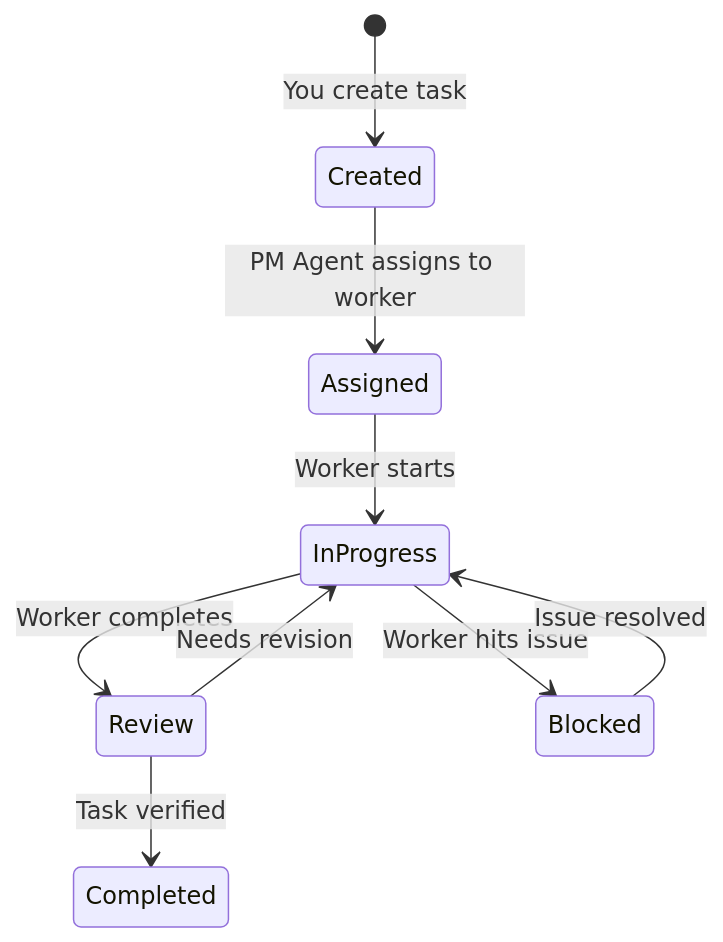
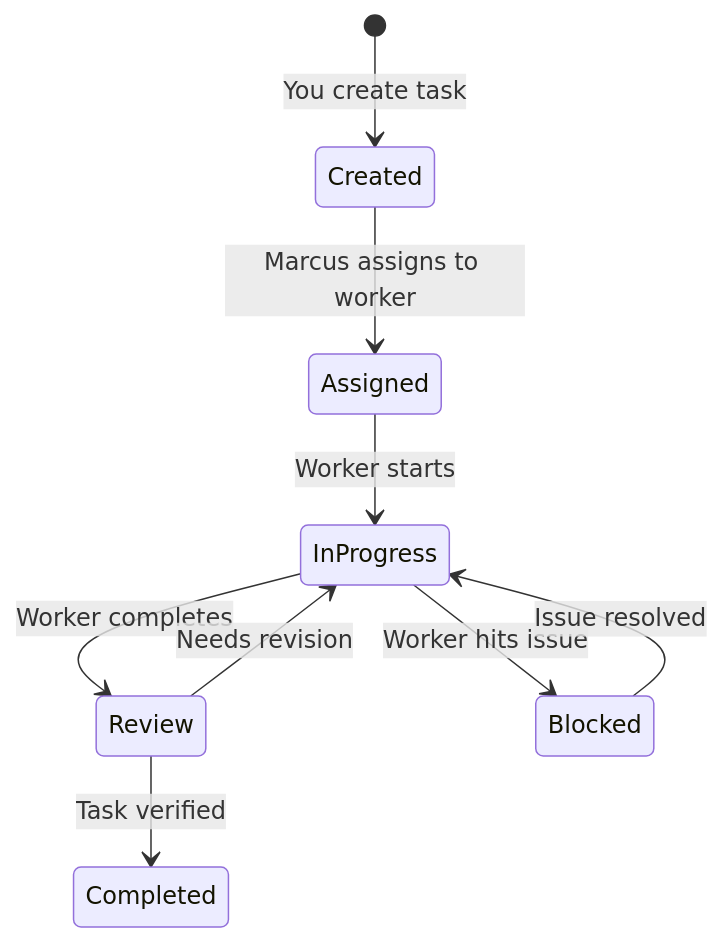
The second of 2 diagrams in docs/sphinx/source/getting_started.md (lwgray/pm-agent), drawn with Mermaid before and after one commit. The commit also changed other lines of this file and 29 other files, not shown here.

````diff
--- a/docs/sphinx/source/getting_started.md
+++ b/docs/sphinx/source/getting_started.md
@@ -278,11 +278,11 @@
 ```mermaid
 stateDiagram-v2
     [*] --> Created: You create task
-    Created --> Assigned: PM Agent assigns to worker
+    Created --> Assigned: Marcus assigns to worker
     Assigned --> InProgress: Worker starts
     InProgress --> Review: Worker completes
     Review --> Completed: Task verified
     Review --> InProgress: Needs revision
     InProgress --> Blocked: Worker hits issue
     Blocked --> InProgress: Issue resolved
 ```
````
